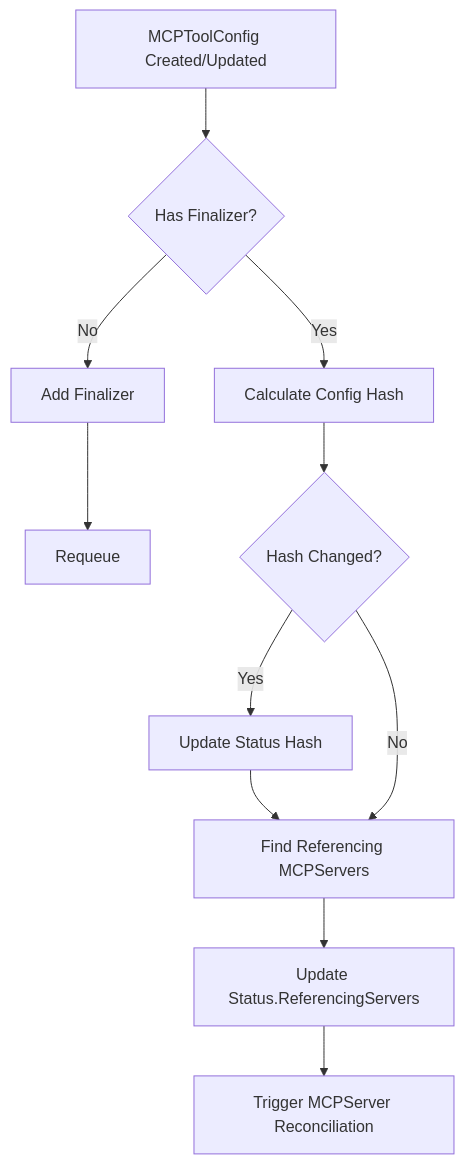
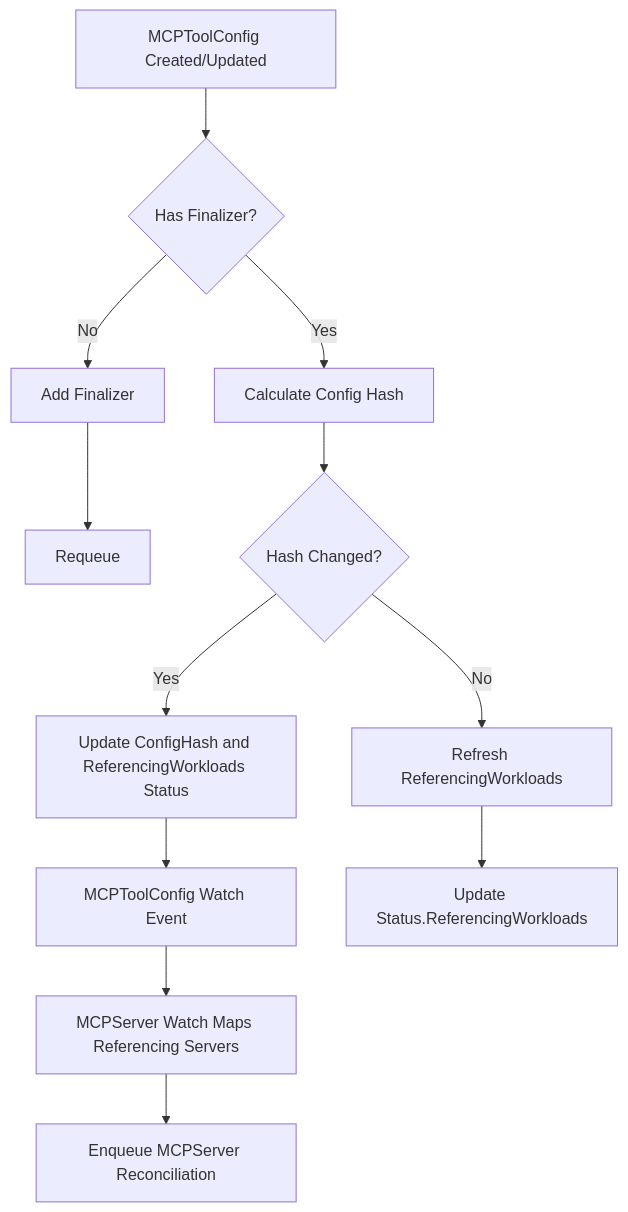
The first of 2 diagrams in docs/operator/toolconfig-reconciliation.md (stacklok/toolhive), drawn with Mermaid before and after one commit. The commit also changed other lines of this file, not shown here.

Commit message:
update flow diagram docs

````diff
--- a/docs/operator/toolconfig-reconciliation.md
+++ b/docs/operator/toolconfig-reconciliation.md
@@ -48,13 +51,14 @@
 ```mermaid
 graph TD
     A[MCPToolConfig Created/Updated] --> B{Has Finalizer?}
     B -->|No| C[Add Finalizer]
     C --> D[Requeue]
     B -->|Yes| E[Calculate Config Hash]
     E --> F{Hash Changed?}
-    F -->|Yes| G[Update Status Hash]
-    G --> H[Find Referencing MCPServers]
-    F -->|No| H
-    H --> I[Update Status.ReferencingServers]
-    I --> J[Trigger MCPServer Reconciliation]
+    F -->|Yes| G[Update ConfigHash and ReferencingWorkloads Status]
+    G --> H[MCPToolConfig Watch Event]
+    H --> I[MCPServer Watch Maps Referencing Servers]
+    I --> J[Enqueue MCPServer Reconciliation]
+    F -->|No| K[Refresh ReferencingWorkloads]
+    K --> L[Update Status.ReferencingWorkloads]
 ```
````
